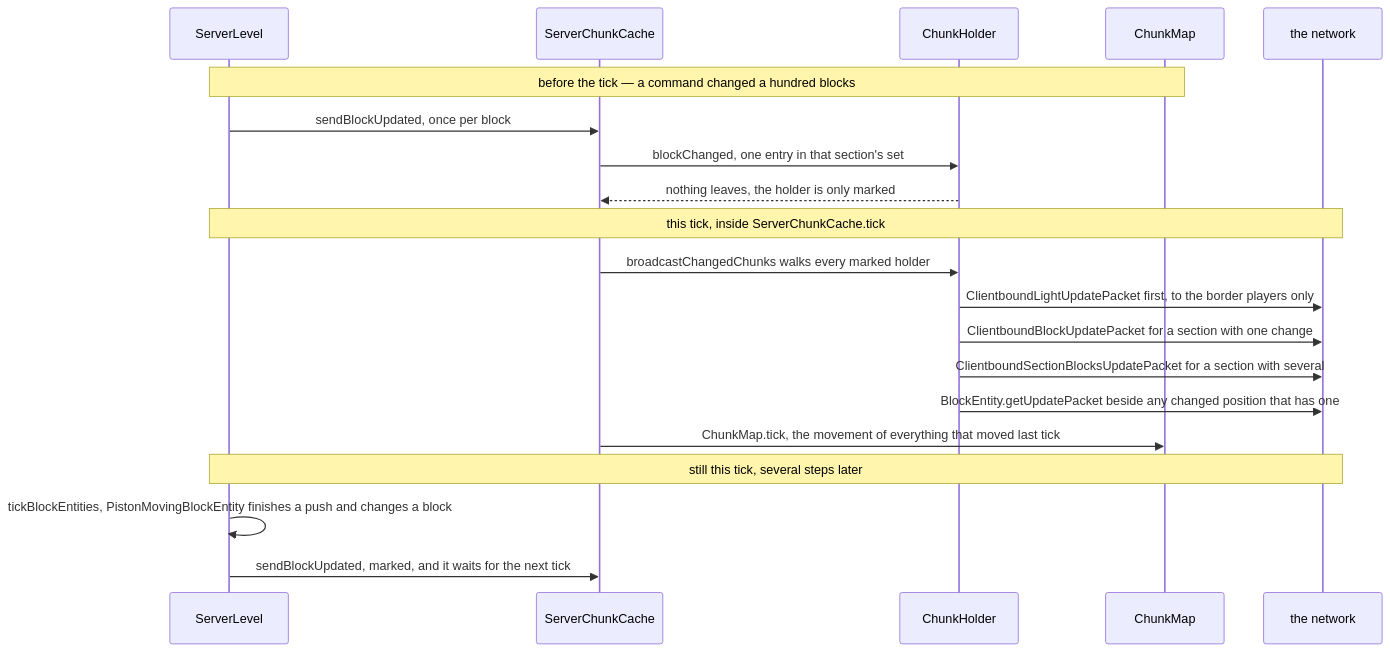
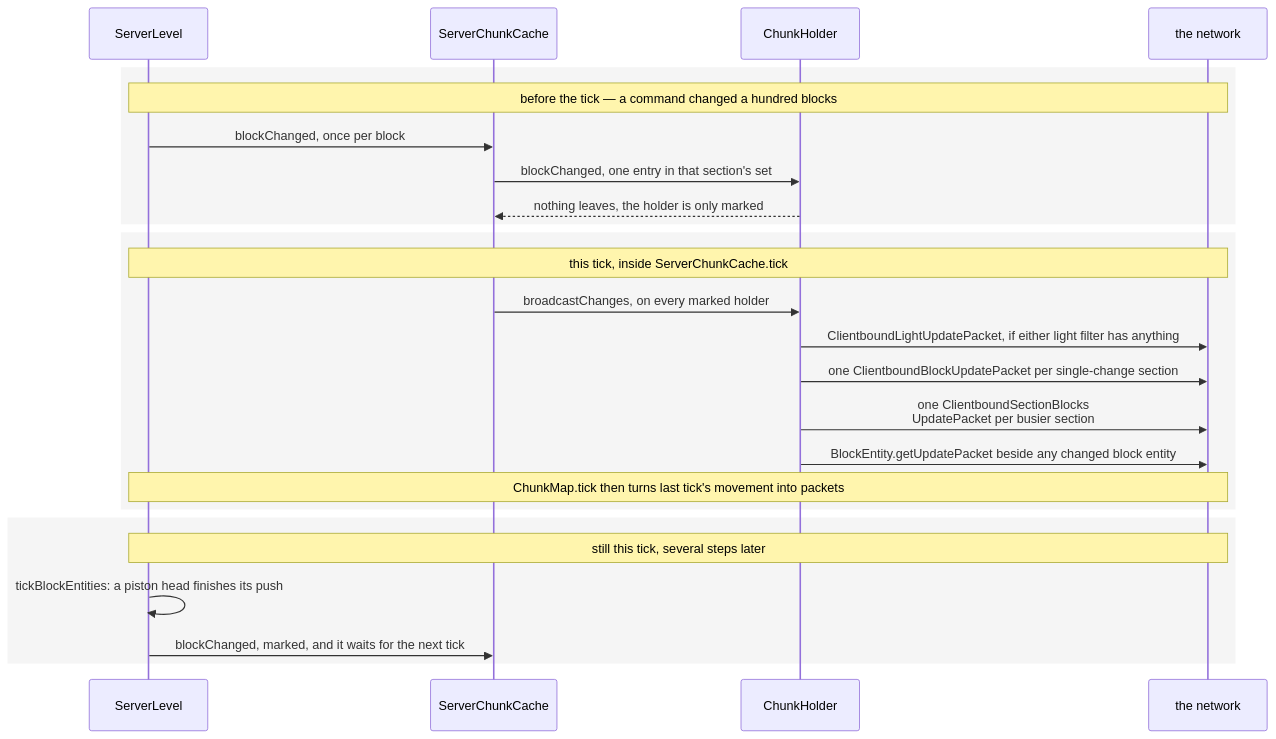
One commit to AlexanderjFraser/MinecraftDocs changed the second of 2 diagrams in src/systems/server/server-level-tick.md. Above: the diagram before and after it, drawn with Mermaid. The commit also changed other lines of this file and 12 other files, not shown here.

````diff
--- a/src/systems/server/server-level-tick.md
+++ b/src/systems/server/server-level-tick.md
@@ -290,23 +324,28 @@
 ```mermaid
 sequenceDiagram
     participant SL as ServerLevel
     participant SCC as ServerChunkCache
     participant CH as ChunkHolder
-    participant CM as ChunkMap
     participant Wire as the network
 
-    Note over SL,CM: before the tick — a command changed a hundred blocks
-    SL->>SCC: sendBlockUpdated, once per block
-    SCC->>CH: blockChanged, one entry in that section's set
-    CH-->>SCC: nothing leaves, the holder is only marked
-    Note over SL,Wire: this tick, inside ServerChunkCache.tick
-    SCC->>CH: broadcastChangedChunks walks every marked holder
-    CH->>Wire: ClientboundLightUpdatePacket first, to the border players only
-    CH->>Wire: ClientboundBlockUpdatePacket for a section with one change
-    CH->>Wire: ClientboundSectionBlocksUpdatePacket for a section with several
-    CH->>Wire: BlockEntity.getUpdatePacket beside any changed position that has one
-    SCC->>CM: ChunkMap.tick, the movement of everything that moved last tick
-    Note over SL,Wire: still this tick, several steps later
-    SL->>SL: tickBlockEntities, PistonMovingBlockEntity finishes a push and changes a block
-    SL->>SCC: sendBlockUpdated, marked, and it waits for the next tick
+    rect rgba(0, 0, 0, 0.04)
+        Note over SL,Wire: before the tick — a command changed a hundred blocks
+        SL->>SCC: blockChanged, once per block
+        SCC->>CH: blockChanged, one entry in that section's set
+        CH-->>SCC: nothing leaves, the holder is only marked
+    end
+    rect rgba(0, 0, 0, 0.04)
+        Note over SL,Wire: this tick, inside ServerChunkCache.tick
+        SCC->>CH: broadcastChanges, on every marked holder
+        CH->>Wire: ClientboundLightUpdatePacket, if either light filter has anything
+        CH->>Wire: one ClientboundBlockUpdatePacket per single-change section
+        CH->>Wire: one ClientboundSectionBlocks<br/>UpdatePacket per busier section
+        CH->>Wire: BlockEntity.getUpdatePacket beside any changed block entity
+        Note over SL,Wire: ChunkMap.tick then turns last tick's movement into packets
+    end
+    rect rgba(0, 0, 0, 0.04)
+        Note over SL,Wire: still this tick, several steps later
+        SL->>SL: tickBlockEntities: a piston head finishes its push
+        SL->>SCC: blockChanged, marked, and it waits for the next tick
+    end
 ```
````
